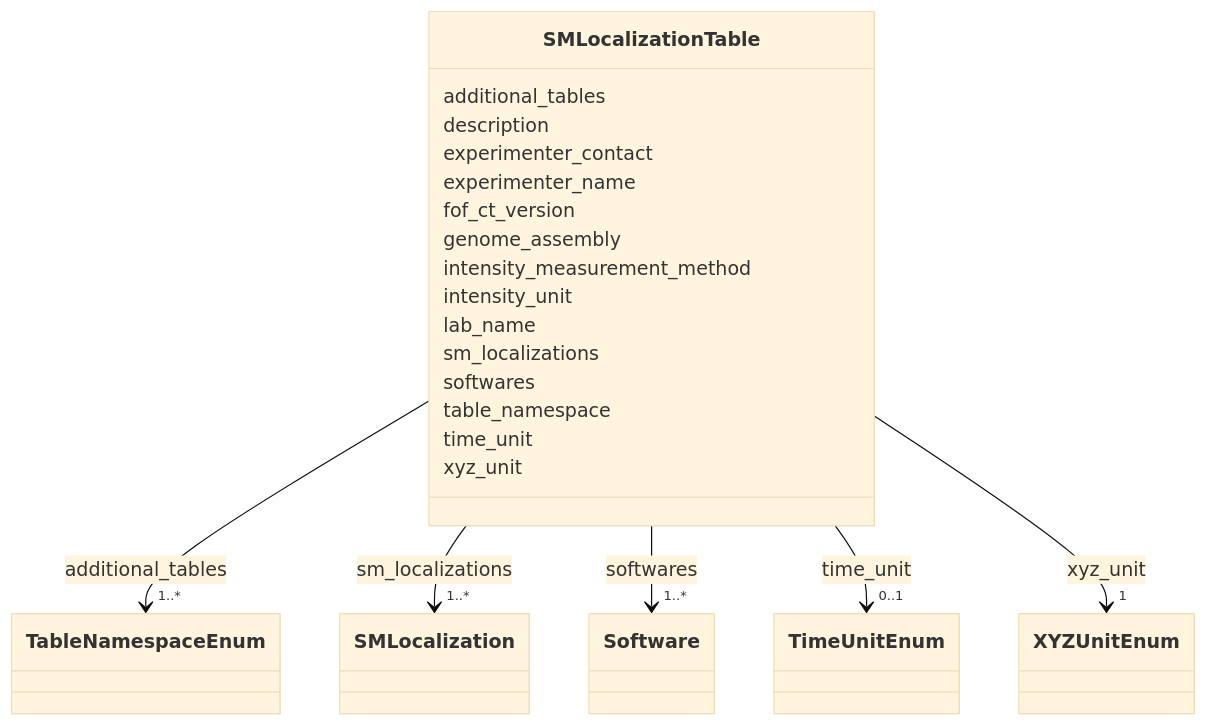
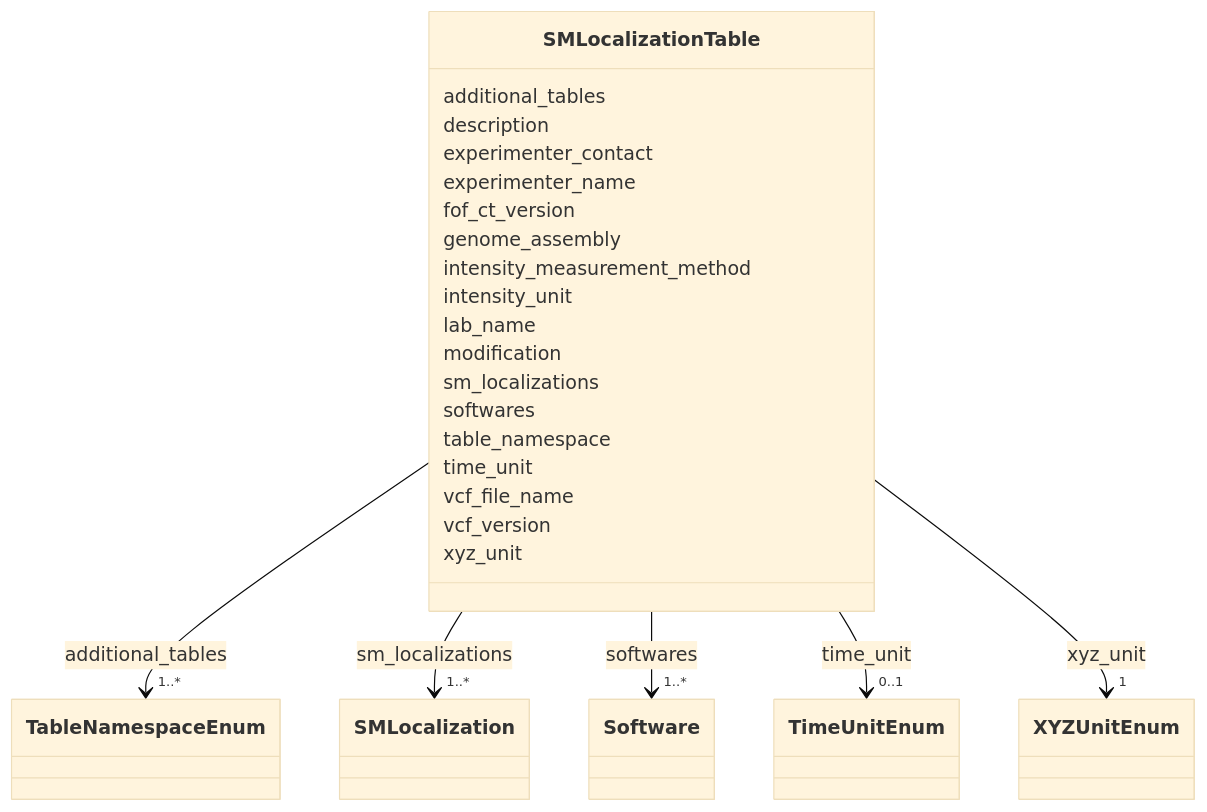
One commit to strambc/fof-ct-linkml changed the diagram in docs/vol/SMLocalizationTable.md. Above: the diagram before and after it, drawn with Mermaid (base theme). The commit also changed other lines of this file and 187 other files, not shown here.

First line of the commit message:
Align LinkML schema with FOF-CT RTD (review_updates)

````diff
--- a/docs/vol/SMLocalizationTable.md
+++ b/docs/vol/SMLocalizationTable.md
@@ -23,79 +23,85 @@
 ```mermaid
  classDiagram
     class SMLocalizationTable
     click SMLocalizationTable href "../SMLocalizationTable/"
       SMLocalizationTable : additional_tables
         
           
     
         
         
         SMLocalizationTable --> "1..*" TableNamespaceEnum : additional_tables
         click TableNamespaceEnum href "../TableNamespaceEnum/"
     
 
         
       SMLocalizationTable : description
         
       SMLocalizationTable : experimenter_contact
         
       SMLocalizationTable : experimenter_name
         
       SMLocalizationTable : fof_ct_version
         
       SMLocalizationTable : genome_assembly
         
       SMLocalizationTable : intensity_measurement_method
         
       SMLocalizationTable : intensity_unit
         
       SMLocalizationTable : lab_name
+        
+      SMLocalizationTable : modification
         
       SMLocalizationTable : sm_localizations
         
           
     
         
         
         SMLocalizationTable --> "1..*" SMLocalization : sm_localizations
         click SMLocalization href "../SMLocalization/"
     
 
         
       SMLocalizationTable : softwares
         
           
     
         
         
         SMLocalizationTable --> "1..*" Software : softwares
         click Software href "../Software/"
     
 
         
       SMLocalizationTable : table_namespace
         
       SMLocalizationTable : time_unit
         
           
     
         
         
         SMLocalizationTable --> "0..1" TimeUnitEnum : time_unit
         click TimeUnitEnum href "../TimeUnitEnum/"
     
 
         
+      SMLocalizationTable : vcf_file_name
+        
+      SMLocalizationTable : vcf_version
+        
       SMLocalizationTable : xyz_unit
         
           
     
         
         
         SMLocalizationTable --> "1" XYZUnitEnum : xyz_unit
         click XYZUnitEnum href "../XYZUnitEnum/"
     
 
         
       
 ```
````
